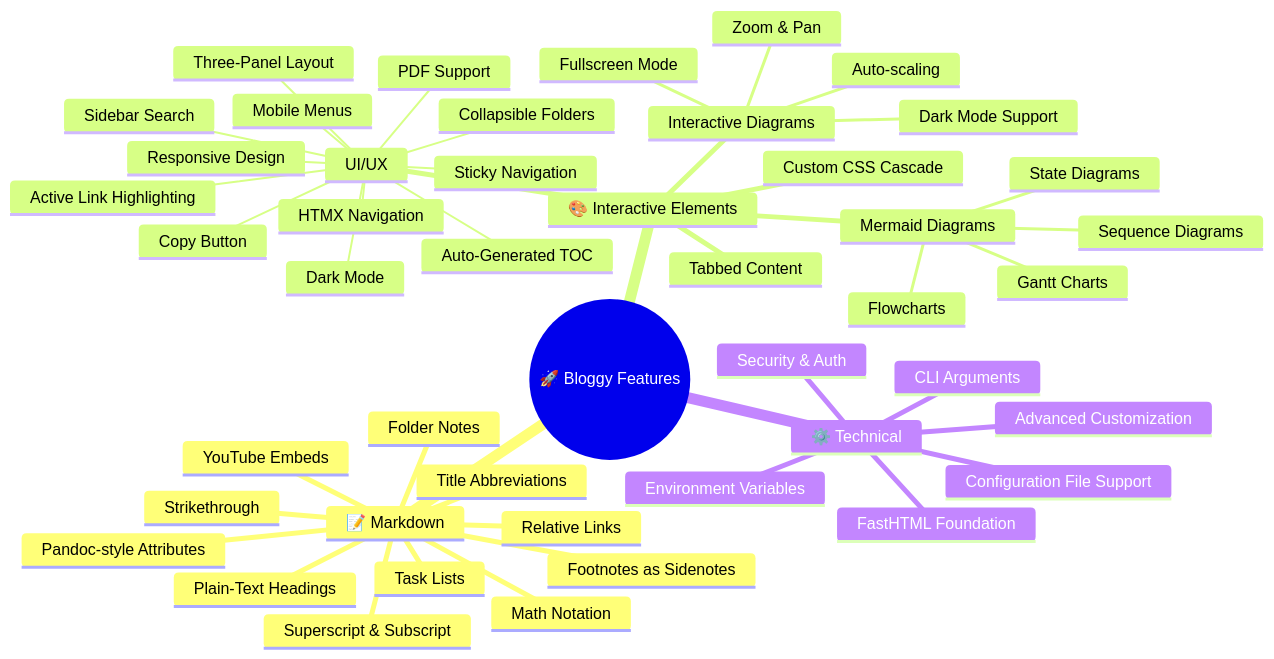
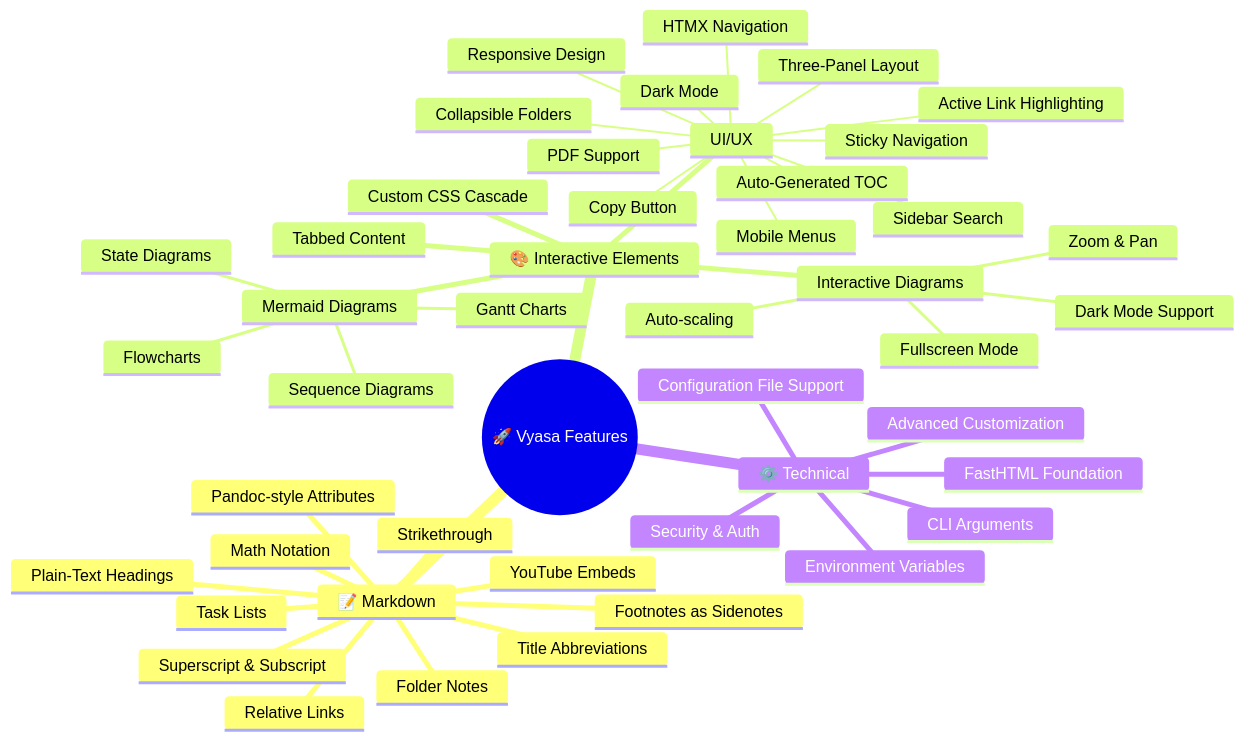
The diagram in README.md (sizhky/vyasa), drawn with Mermaid before and after one commit. The commit also changed other lines of this file and 47 other files, not shown here.

````diff
--- a/README.md
+++ b/README.md
@@ -50,49 +50,49 @@
 ```mermaid
 mindmap
-  root((🚀 Bloggy Features))
+  root((🚀 Vyasa Features))
     📝 Markdown
       Footnotes as Sidenotes
       YouTube Embeds
       Task Lists
       Math Notation
       Superscript & Subscript
       Strikethrough
       Relative Links
       Plain-Text Headings
       Pandoc-style Attributes
       Title Abbreviations
       Folder Notes
     🎨 Interactive Elements
       Mermaid Diagrams
         Flowcharts
         Sequence Diagrams
         State Diagrams
         Gantt Charts
       Interactive Diagrams
         Zoom & Pan
         Fullscreen Mode
         Dark Mode Support
         Auto-scaling
       Tabbed Content
       Custom CSS Cascade
      UI/UX
       Responsive Design
       Dark Mode
       Three-Panel Layout
       HTMX Navigation
       Collapsible Folders
       Sidebar Search
       Auto-Generated TOC
       Mobile Menus
       Sticky Navigation
       Active Link Highlighting
       PDF Support
       Copy Button
     ⚙️ Technical
       FastHTML Foundation
       Configuration File Support
       CLI Arguments
       Environment Variables
       Security & Auth
       Advanced Customization
 ```
````
